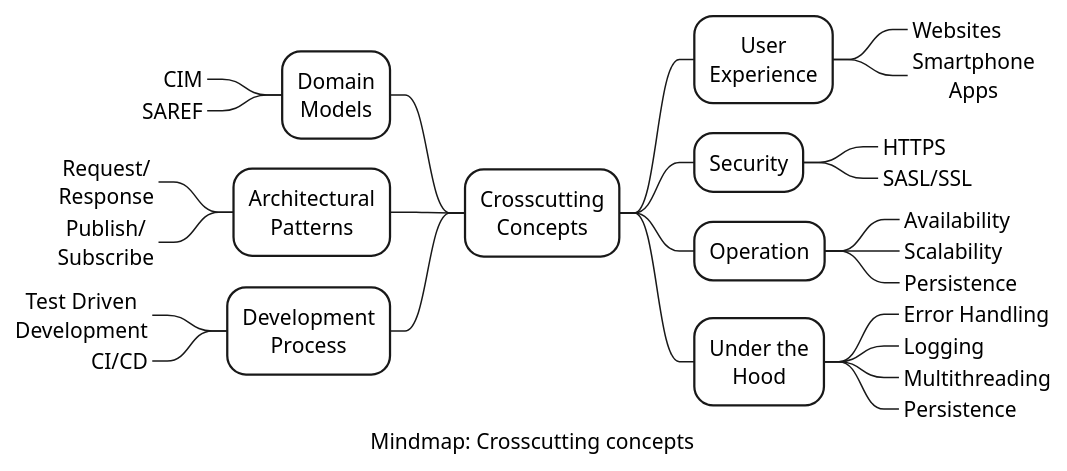
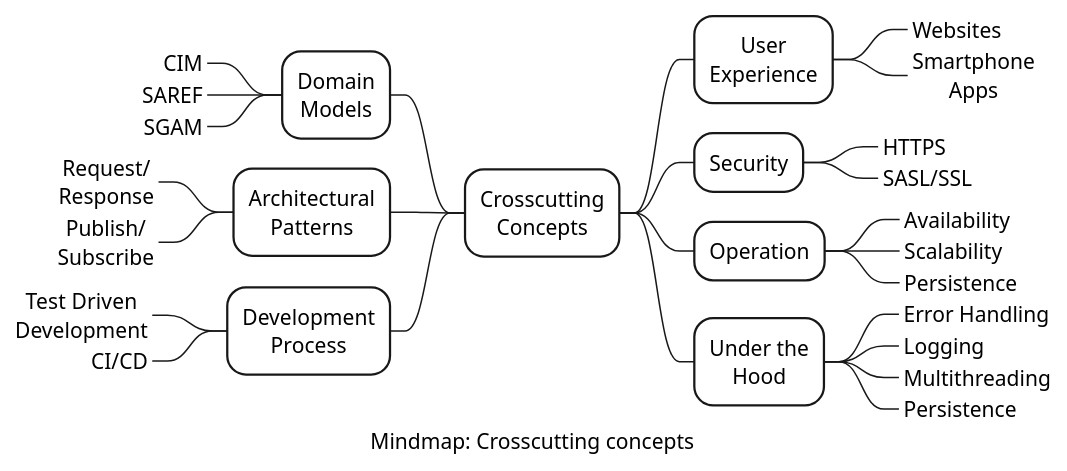
The diagram in arc42/08-crosscut-concepts/figures/crosscutting-concepts.puml (eddie-energy/architecture), drawn with PlantUML before and after one commit. The commit also changed 26 other files, not shown here.

```diff
--- a/arc42/08-crosscut-concepts/figures/crosscutting-concepts.puml
+++ b/arc42/08-crosscut-concepts/figures/crosscutting-concepts.puml
@@ -1,43 +1,44 @@
 @startmindmap crosscutting-concepts
 'mindpam diagram
 caption Mindmap: Crosscutting concepts
 
 <style>
 mindmapDiagram {
   node {
     BackgroundColor transparemt
     HorizontalAlignment center
   }
 }
 </style>
 
 * Crosscutting\nConcepts
 
 -- Domain\nModels
 ---_ CIM
 ---_ SAREF
+---_ SGAM
 -- Architectural\nPatterns
 ---_ Request/\nResponse
 ---_ Publish/\nSubscribe
 -- Development\nProcess
 ---_ Test Driven\nDevelopment
 ---_ CI/CD
 
 ++ User\nExperience
 +++_ Websites
 +++_ Smartphone\nApps
 ++ Security
 +++_ HTTPS
 +++_ SASL/SSL
 ++ Operation
 +++_ Availability
 +++_ Scalability
 +++_ Persistence
 ++ Under the\nHood
 +++_ Error Handling
 +++_ Logging
 +++_ Multithreading
 +++_ Persistence 
 
 
 @endmindmap
```
